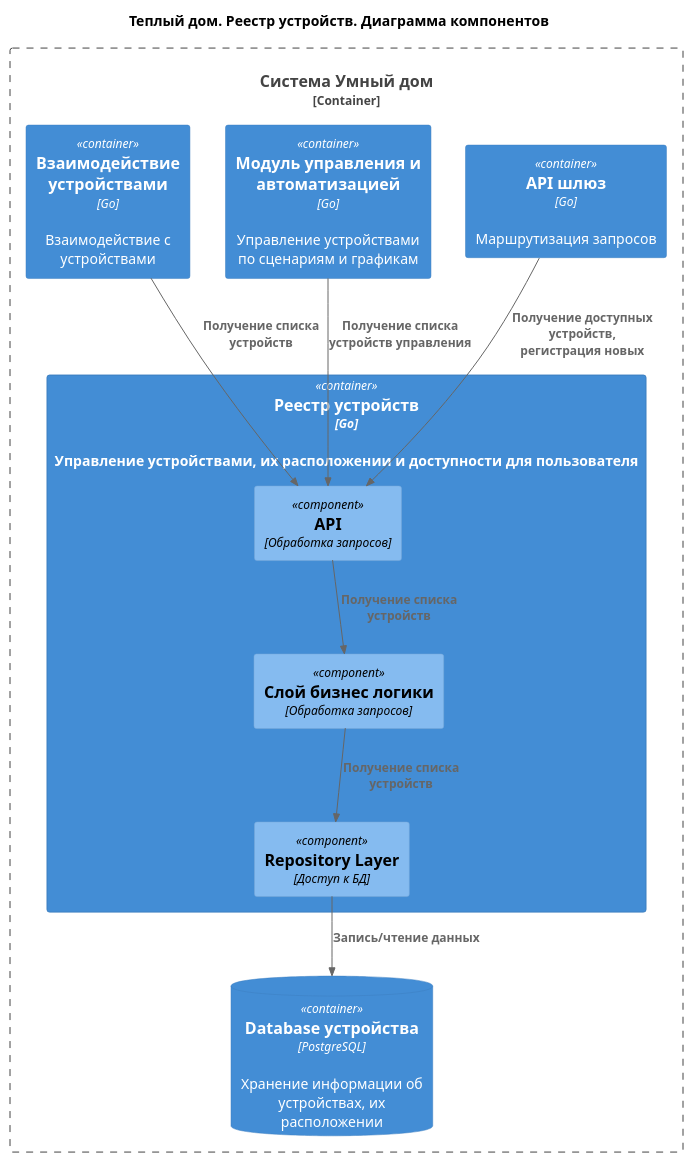
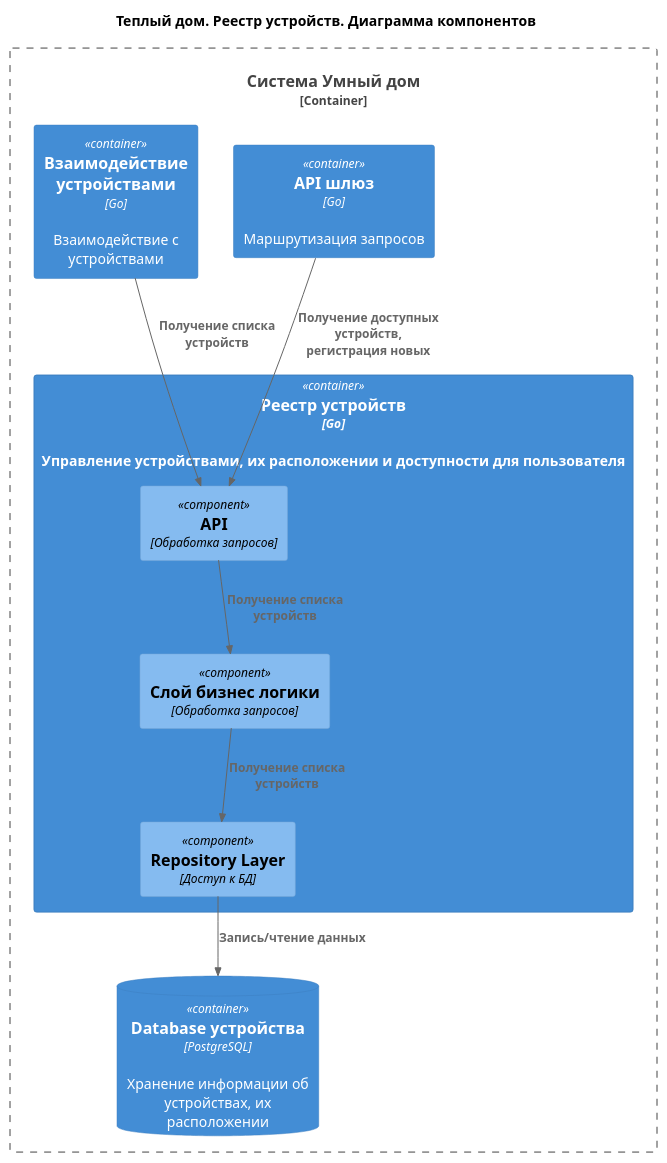
Before and after one commit to binaril/architecture-warmhouse: the diagram in diagrams/C4.Component.DeviceRepository.puml, drawn with PlantUML. The commit also changed 3 other files, not shown here.

Commit message:
Схемы компонентов готовы

```diff
--- a/diagrams/C4.Component.DeviceRepository.puml
+++ b/diagrams/C4.Component.DeviceRepository.puml
@@ -1,29 +1,27 @@
 @startuml
 title Теплый дом. Реестр устройств. Диаграмма компонентов
 
 top to bottom direction
 
 !includeurl https://raw.githubusercontent.com/RicardoNiepel/C4-PlantUML/master/C4_Component.puml
 
 
 Container_Boundary(SmartHouse, "Система Умный дом") {
   Container(GateWay, "API шлюз", "Go", "Маршрутизация запросов")
   Container(DeviceRepository, "Реестр устройств", "Go", "Управление устройствами, их расположении и доступности для пользователя")
   ContainerDb(DeviceRepositoryDb, "Database устройства", "PostgreSQL", "Хранение информации об устройствах, их расположении")
-  Container(Automatic, "Модуль управления и автоматизацией", "Go", "Управление устройствами по сценариям и графикам")
   Container(DeviceControl, "Взаимодействие устройствами", "Go", "Взаимодействие с устройствами")   
 }
 
 Container(DeviceRepository, "Реестр устройств", "Go") {
   Component(DeviceController, "API", "Обработка запросов")
   Component(ServiceLayer, "Слой бизнес логики", "Обработка запросов")
   Component(RepositoryLayer, "Repository Layer", "Доступ к БД")
 }
 
 Rel(GateWay, DeviceController, "Получение доступных устройств, регистрация новых")
-Rel(Automatic, DeviceController, "Получение списка устройств управления")
 Rel(DeviceControl, DeviceController, "Получение списка устройств")
 Rel(DeviceController, ServiceLayer, "Получение списка устройств")
 Rel(ServiceLayer, RepositoryLayer, "Получение списка устройств")
 Rel(RepositoryLayer, DeviceRepositoryDb, "Запись/чтение данных")
 @enduml
```
